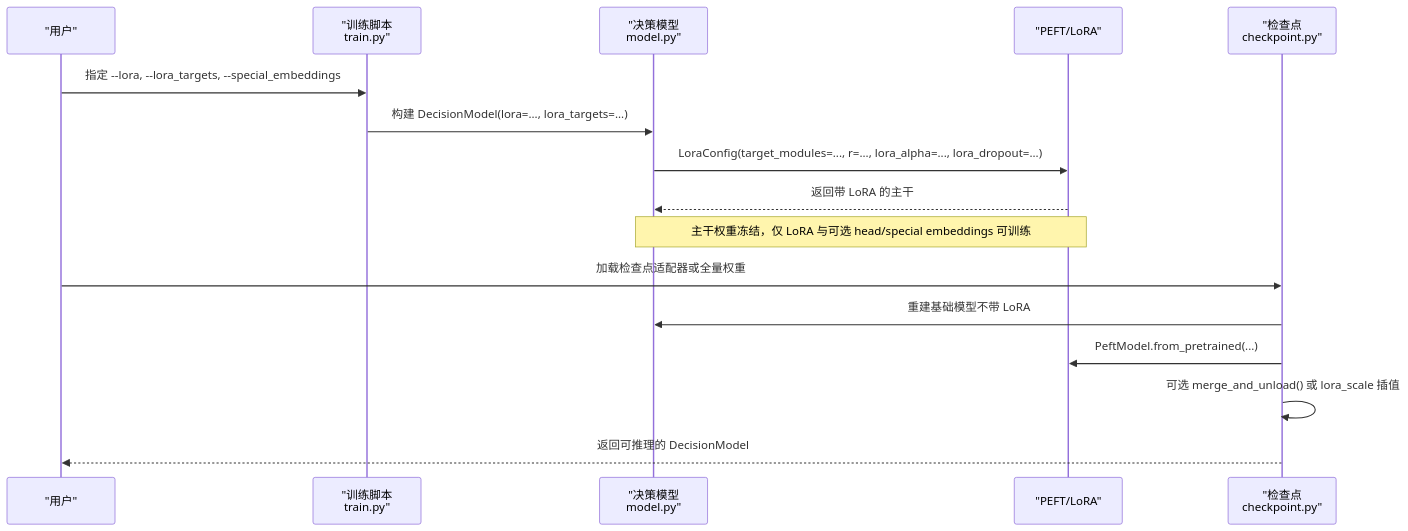
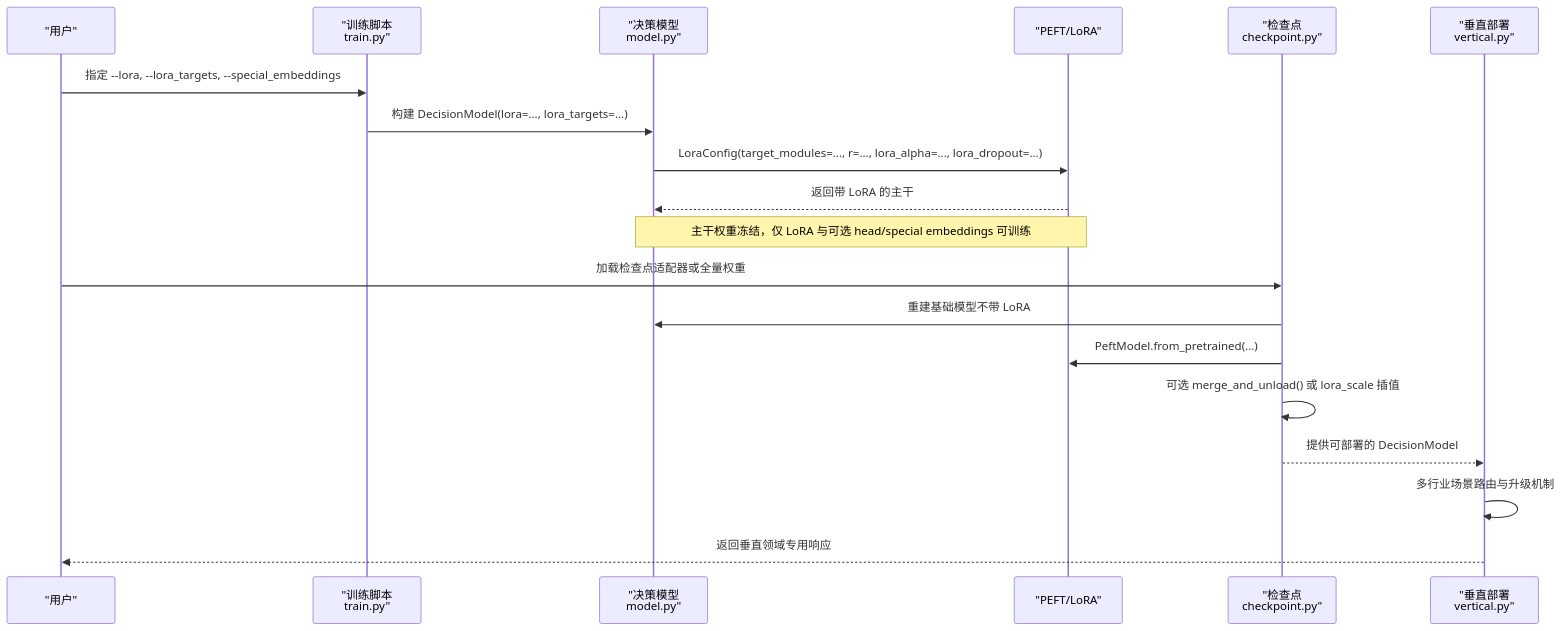
One commit to joezxh/kev changed the second of 6 diagrams in .qoder/repowiki/zh/content/模型架构详解/LoRA 适配器/LoRA 适配器.md. Above: the diagram before and after it, drawn with Mermaid. The commit also changed other lines of this file and 101 other files, not shown here.

````diff
--- a/.qoder/repowiki/zh/content/模型架构详解/LoRA 适配器/LoRA 适配器.md
+++ b/.qoder/repowiki/zh/content/模型架构详解/LoRA 适配器/LoRA 适配器.md
@@ -66,18 +85,21 @@
 ```mermaid
 sequenceDiagram
 participant User as "用户"
 participant Train as "训练脚本<br/>train.py"
 participant Model as "决策模型<br/>model.py"
 participant PEFT as "PEFT/LoRA"
 participant CKPT as "检查点<br/>checkpoint.py"
+participant Vertical as "垂直部署<br/>vertical.py"
 User->>Train : 指定 --lora, --lora_targets, --special_embeddings
 Train->>Model : 构建 DecisionModel(lora=..., lora_targets=...)
 Model->>PEFT : LoraConfig(target_modules=..., r=..., lora_alpha=..., lora_dropout=...)
 PEFT-->>Model : 返回带 LoRA 的主干
 Note over Model,PEFT : 主干权重冻结，仅 LoRA 与可选 head/special embeddings 可训练
 User->>CKPT : 加载检查点适配器或全量权重
 CKPT->>Model : 重建基础模型不带 LoRA
 CKPT->>PEFT : PeftModel.from_pretrained(...)
 CKPT->>CKPT : 可选 merge_and_unload() 或 lora_scale 插值
-CKPT-->>User : 返回可推理的 DecisionModel
+CKPT-->>Vertical : 提供可部署的 DecisionModel
+Vertical->>Vertical : 多行业场景路由与升级机制
+Vertical-->>User : 返回垂直领域专用响应
 ```
````
